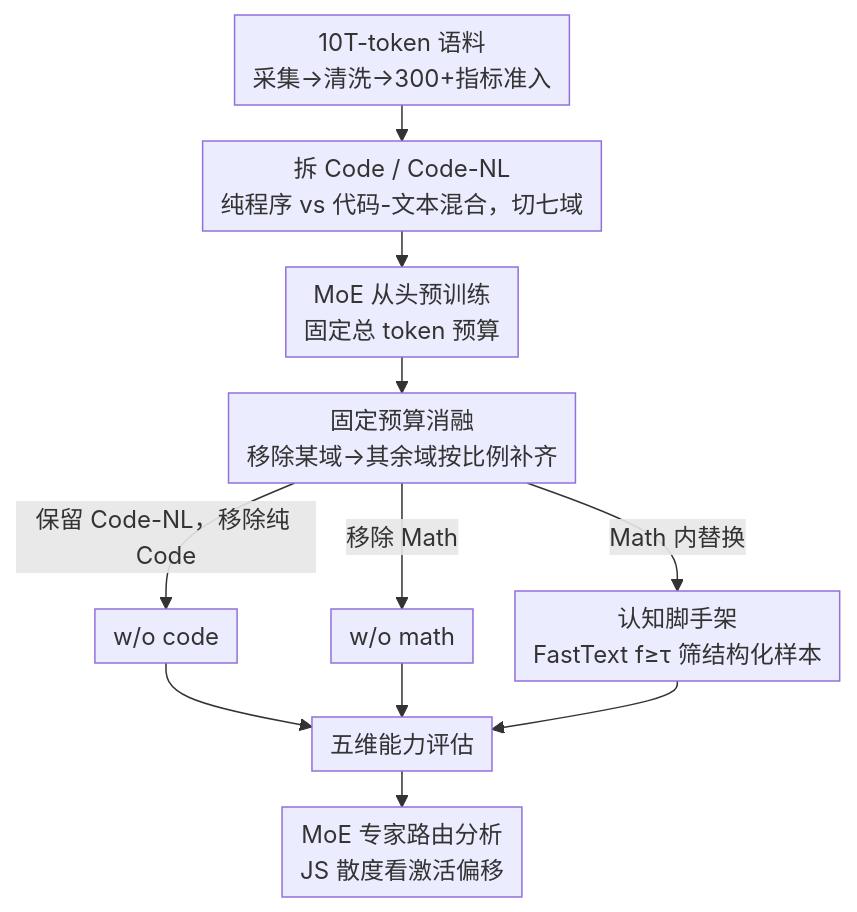
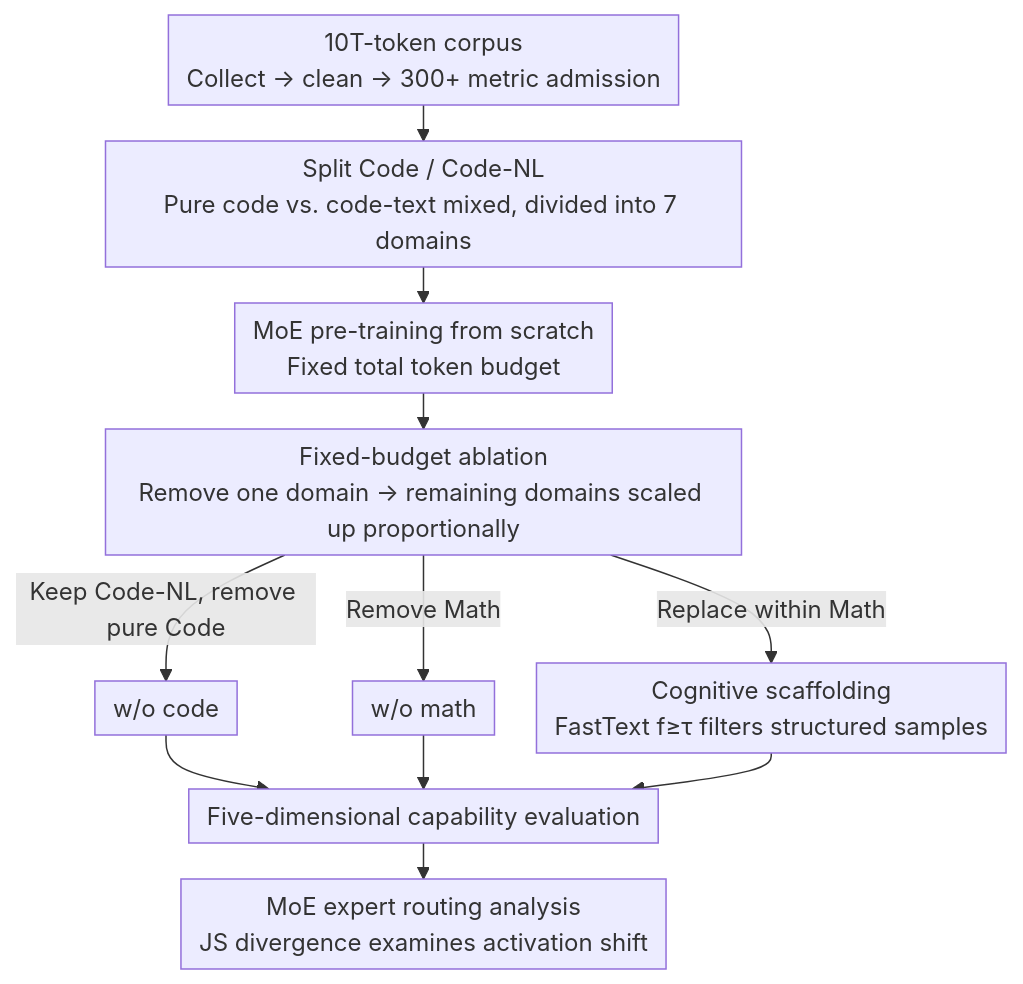
The diagram in docs/ICML2026/llm_reasoning/what_really_improves_mathematical_reasoning_structured_reasoning_signals_beyond_.md (zhaoyang97/Paper-Notes-en), drawn with Mermaid before and after one commit. The commit also changed 644 other files, not shown here.

````diff
--- a/docs/ICML2026/llm_reasoning/what_really_improves_mathematical_reasoning_structured_reasoning_signals_beyond_.md
+++ b/docs/ICML2026/llm_reasoning/what_really_improves_mathematical_reasoning_structured_reasoning_signals_beyond_.md
@@ -47,14 +47,14 @@
 ```mermaid
 %%{init: {'flowchart': {'rankSpacing': 24, 'nodeSpacing': 28, 'padding': 6, 'wrappingWidth': 400}}}%%
 flowchart TD
-    A["10T-token 语料<br/>采集→清洗→300+指标准入"] --> B["拆 Code / Code-NL<br/>纯程序 vs 代码-文本混合，切七域"]
-    B --> C["MoE 从头预训练<br/>固定总 token 预算"]
-    C --> D["固定预算消融<br/>移除某域→其余域按比例补齐"]
-    D -->|保留 Code-NL，移除纯 Code| E["w/o code"]
-    D -->|移除 Math| F["w/o math"]
-    D -->|Math 内替换| G["认知脚手架<br/>FastText f≥τ 筛结构化样本"]
-    E --> H["五维能力评估"]
+    A["10T-token corpus<br/>Collect → clean → 300+ metric admission"] --> B["Split Code / Code-NL<br/>Pure code vs. code-text mixed, divided into 7 domains"]
+    B --> C["MoE pre-training from scratch<br/>Fixed total token budget"]
+    C --> D["Fixed-budget ablation<br/>Remove one domain → remaining domains scaled up proportionally"]
+    D -->|Keep Code-NL, remove pure Code| E["w/o code"]
+    D -->|Remove Math| F["w/o math"]
+    D -->|Replace within Math| G["Cognitive scaffolding<br/>FastText f≥τ filters structured samples"]
+    E --> H["Five-dimensional capability evaluation"]
     F --> H
     G --> H
-    H --> I["MoE 专家路由分析<br/>JS 散度看激活偏移"]
+    H --> I["MoE expert routing analysis<br/>JS divergence examines activation shift"]
 ```
````
